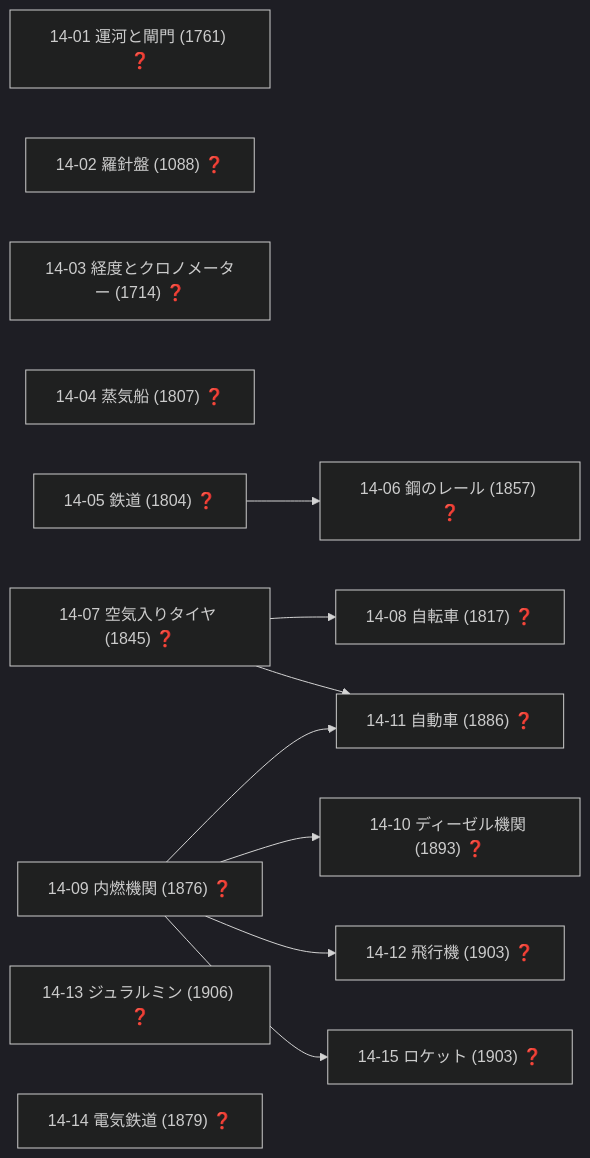
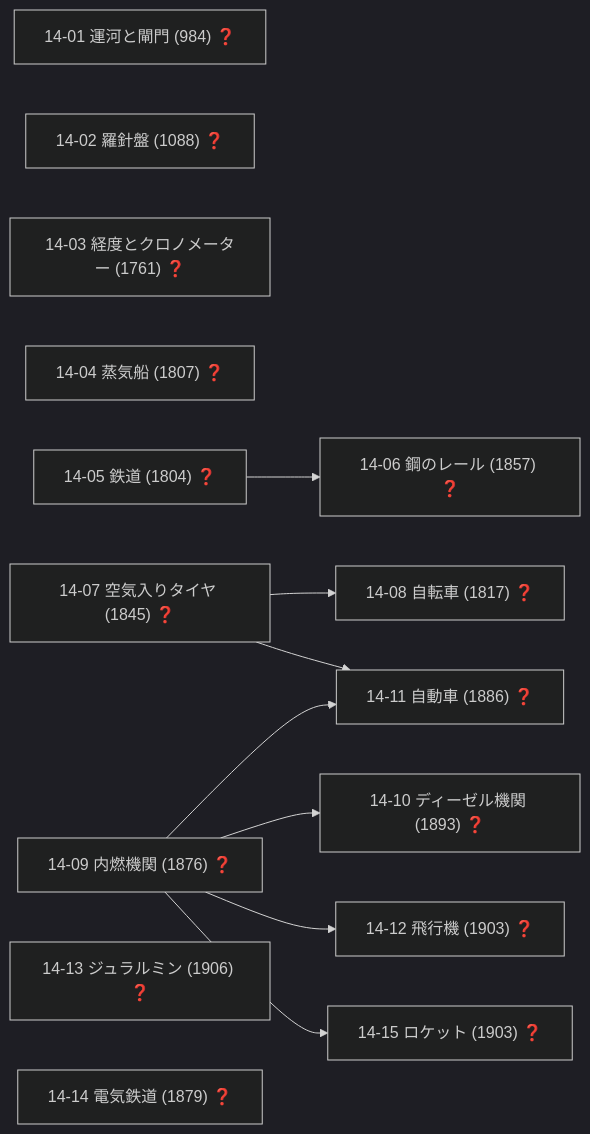
Diagram 17 of 19 in docs/TECH_TREE_VIEW.md (taku3i0317-collab/semiconductor-lab), drawn with Mermaid (dark theme) before and after one commit. The commit also changed other lines of this file and 7 other files, not shown here.

````diff
--- a/docs/TECH_TREE_VIEW.md
+++ b/docs/TECH_TREE_VIEW.md
@@ -749,25 +749,25 @@
 ```mermaid
 graph LR
-  n14_01["14-01 運河と閘門 (1761) ❓"]
+  n14_01["14-01 運河と閘門 (984) ❓"]
   n14_02["14-02 羅針盤 (1088) ❓"]
-  n14_03["14-03 経度とクロノメーター (1714) ❓"]
+  n14_03["14-03 経度とクロノメーター (1761) ❓"]
   n14_04["14-04 蒸気船 (1807) ❓"]
   n14_05["14-05 鉄道 (1804) ❓"]
   n14_06["14-06 鋼のレール (1857) ❓"]
   n14_07["14-07 空気入りタイヤ (1845) ❓"]
   n14_08["14-08 自転車 (1817) ❓"]
   n14_09["14-09 内燃機関 (1876) ❓"]
   n14_10["14-10 ディーゼル機関 (1893) ❓"]
   n14_11["14-11 自動車 (1886) ❓"]
   n14_12["14-12 飛行機 (1903) ❓"]
   n14_13["14-13 ジュラルミン (1906) ❓"]
   n14_14["14-14 電気鉄道 (1879) ❓"]
   n14_15["14-15 ロケット (1903) ❓"]
   n14_05-->n14_06
   n14_07-->n14_08
   n14_09-->n14_10
   n14_07-->n14_11
   n14_09-->n14_11
   n14_09-->n14_12
   n14_09-->n14_15
 ```
````
